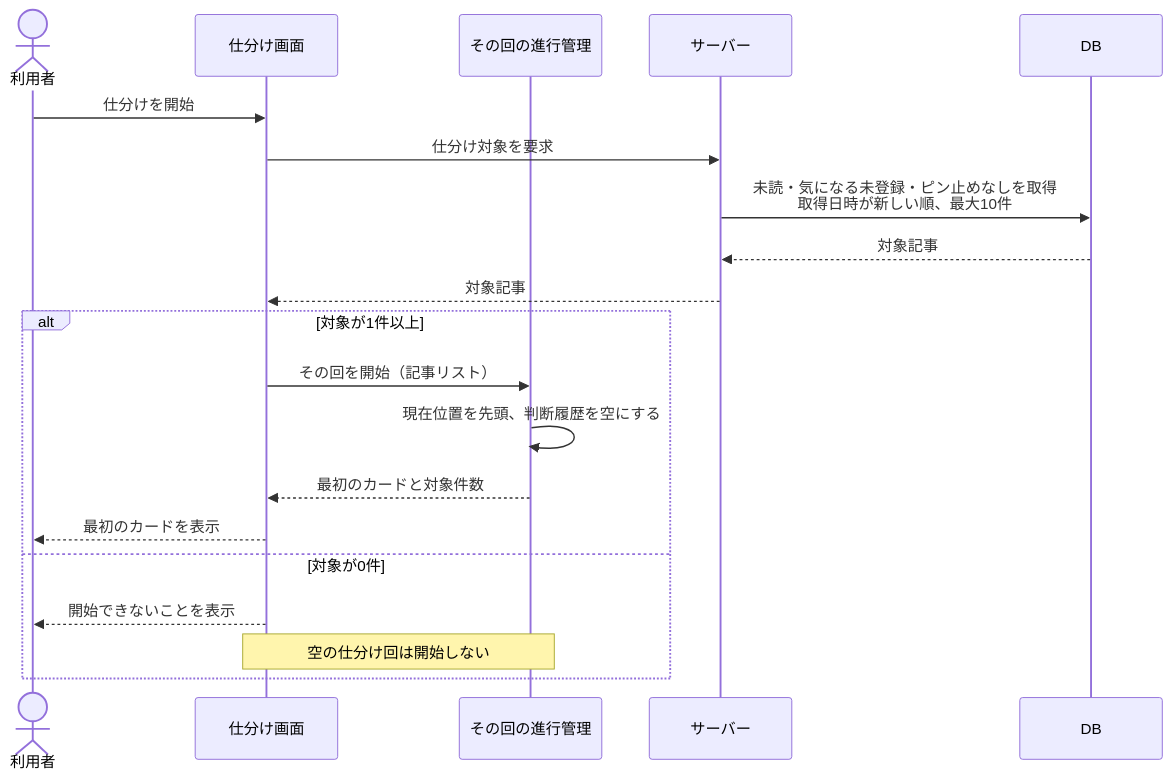
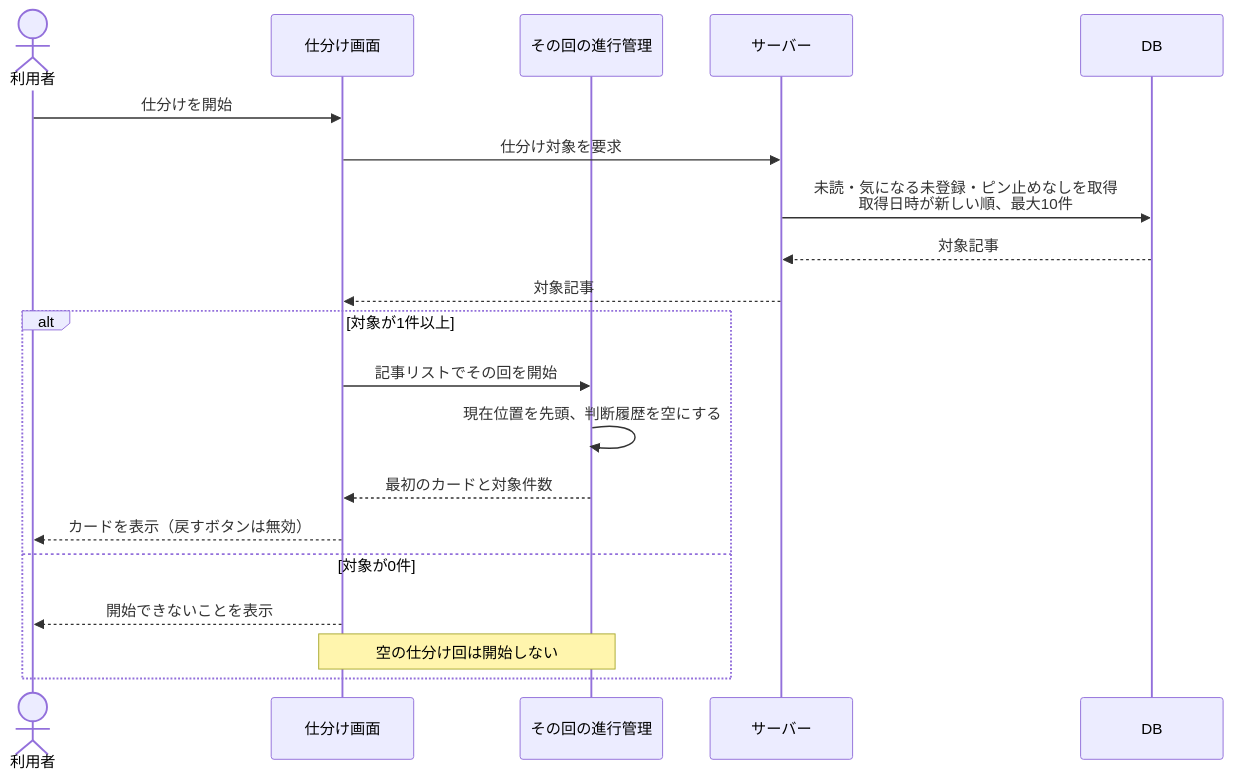
The first of 5 diagrams in docs/sequences.md (BeppuKanato/it-discovery), drawn with Mermaid before and after one commit. The commit also changed other lines of this file and 3 other files, not shown here.

````diff
--- a/docs/sequences.md
+++ b/docs/sequences.md
@@ -30,24 +32,24 @@
 ```mermaid
 sequenceDiagram
     actor User as 利用者
     participant View as 仕分け画面
     participant Session as その回の進行管理
     participant Server as サーバー
     participant DB as DB
 
     User->>View: 仕分けを開始
     View->>Server: 仕分け対象を要求
     Server->>DB: 未読・気になる未登録・ピン止めなしを取得<br/>取得日時が新しい順、最大10件
     DB-->>Server: 対象記事
     Server-->>View: 対象記事
 
     alt 対象が1件以上
-        View->>Session: その回を開始（記事リスト）
+        View->>Session: 記事リストでその回を開始
         Session->>Session: 現在位置を先頭、判断履歴を空にする
         Session-->>View: 最初のカードと対象件数
-        View-->>User: 最初のカードを表示
+        View-->>User: カードを表示（戻すボタンは無効）
     else 対象が0件
         View-->>User: 開始できないことを表示
         Note over View,Session: 空の仕分け回は開始しない
     end
 ```
````
